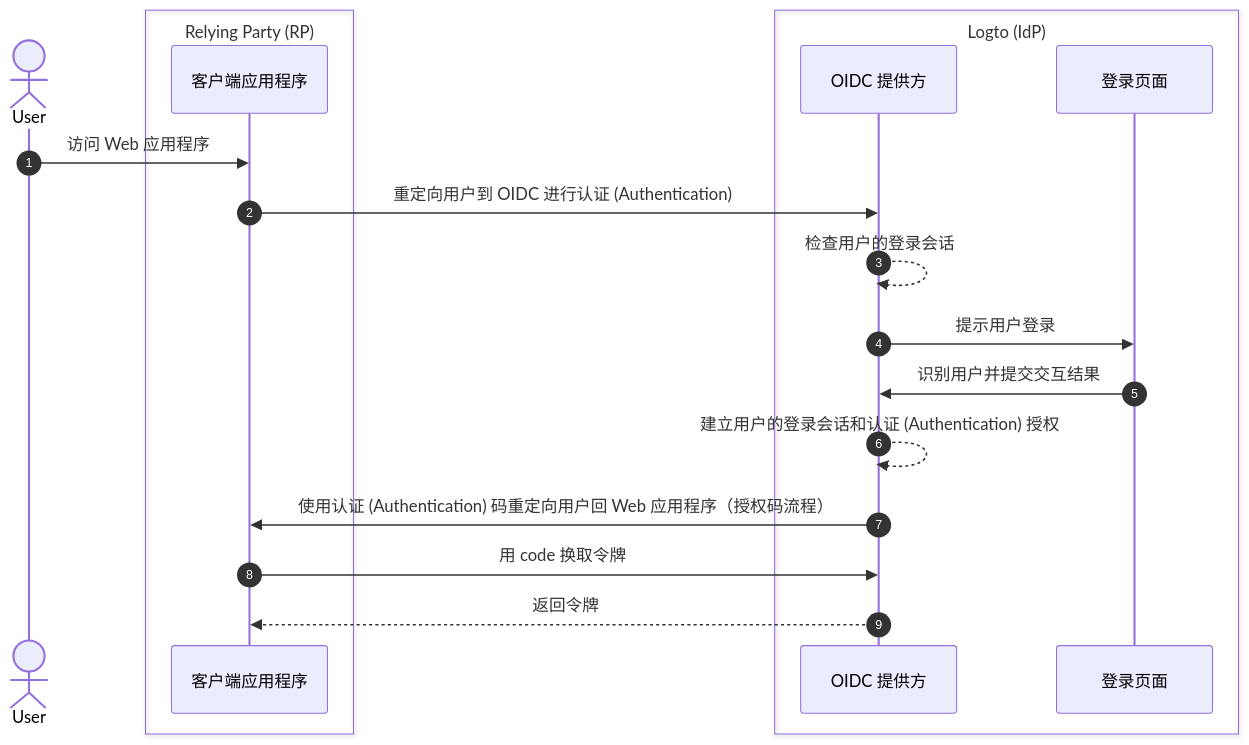
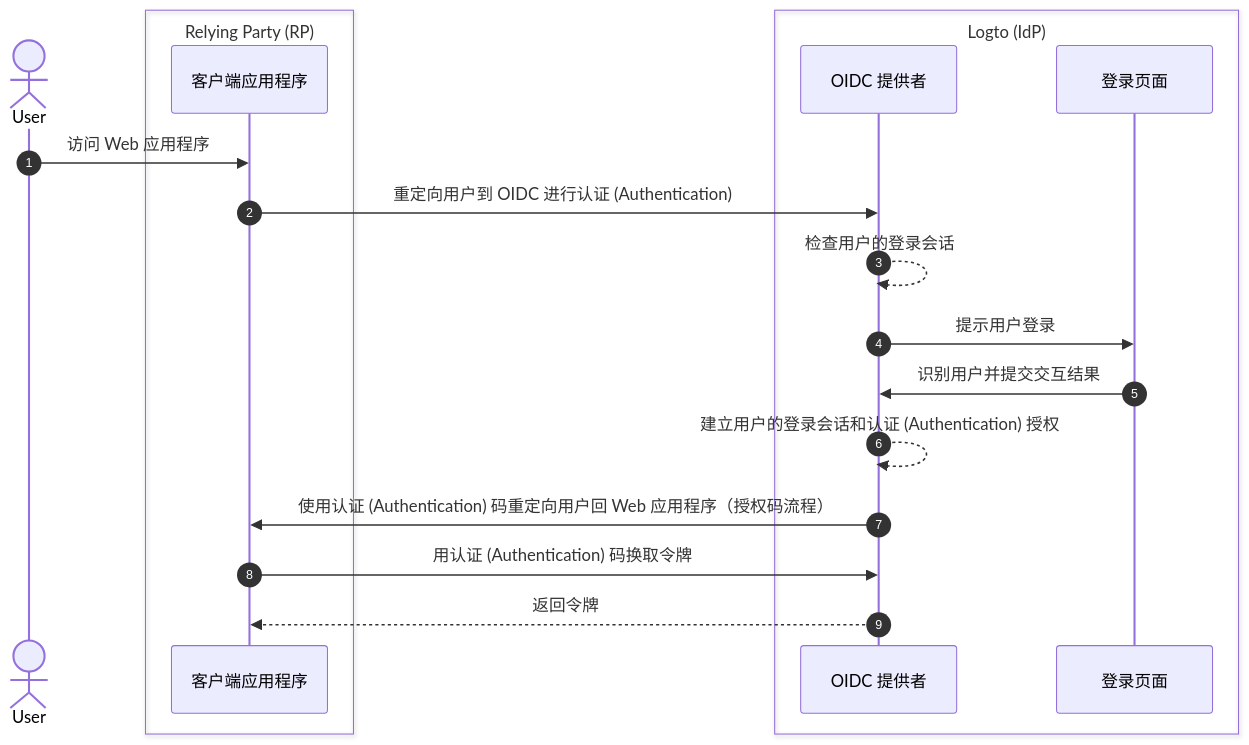
The first of 3 diagrams in i18n/zh-CN/docusaurus-plugin-content-docs/current/end-user-flows/sign-out.mdx (logto-io/docs), drawn with Mermaid before and after one commit. The commit also changed other lines of this file and 67 other files, not shown here.

````diff
--- a/i18n/zh-CN/docusaurus-plugin-content-docs/current/end-user-flows/sign-out.mdx
+++ b/i18n/zh-CN/docusaurus-plugin-content-docs/current/end-user-flows/sign-out.mdx
@@ -13,24 +13,24 @@
 ```mermaid
   sequenceDiagram
     autonumber
     actor User
 
     box Relying Party (RP)
       participant Client as 客户端应用程序
     end
 
     box Logto (IdP)
-      participant OIDC as OIDC 提供方
+      participant OIDC as OIDC 提供者
       participant SignIn as 登录页面
     end
 
     User ->> Client: 访问 Web 应用程序
     Client ->> OIDC: 重定向用户到 OIDC 进行认证 (Authentication)
     OIDC -->> OIDC: 检查用户的登录会话
     OIDC ->> SignIn: 提示用户登录
     SignIn ->> OIDC: 识别用户并提交交互结果
     OIDC -->> OIDC: 建立用户的登录会话和认证 (Authentication) 授权
     OIDC ->> Client: 使用认证 (Authentication) 码重定向用户回 Web 应用程序（授权码流程）
-    Client ->> OIDC: 用 code 换取令牌
+    Client ->> OIDC: 用认证 (Authentication) 码换取令牌
     OIDC -->> Client: 返回令牌
 ```
````
